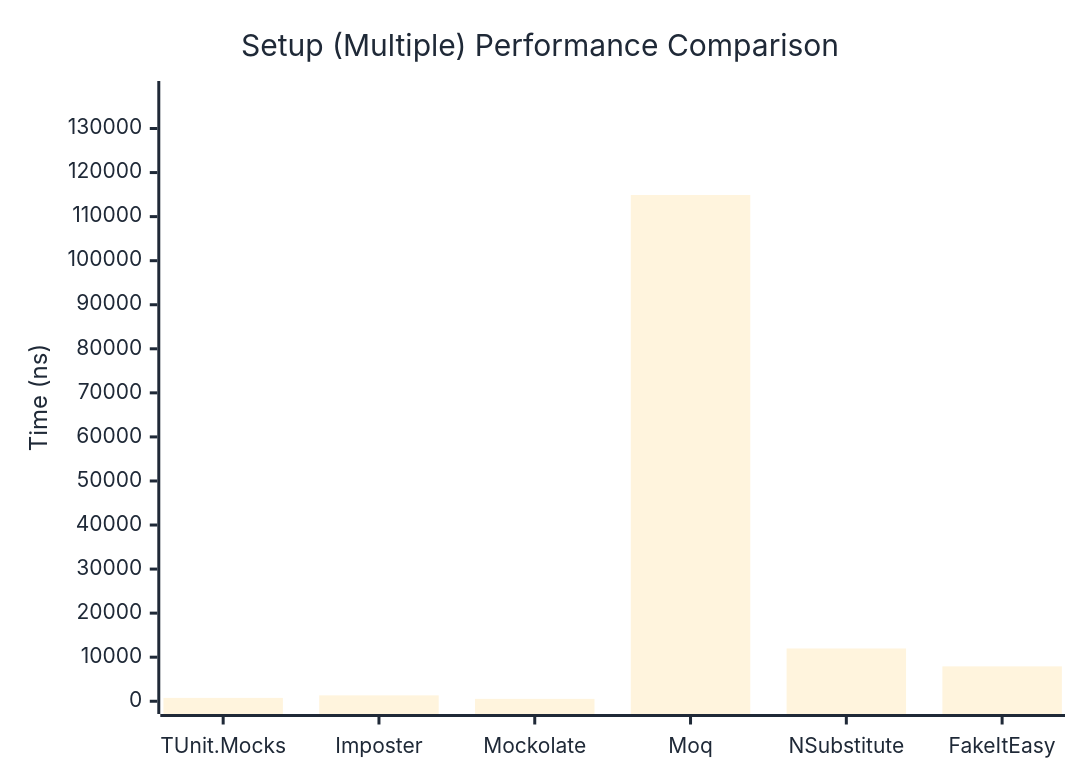
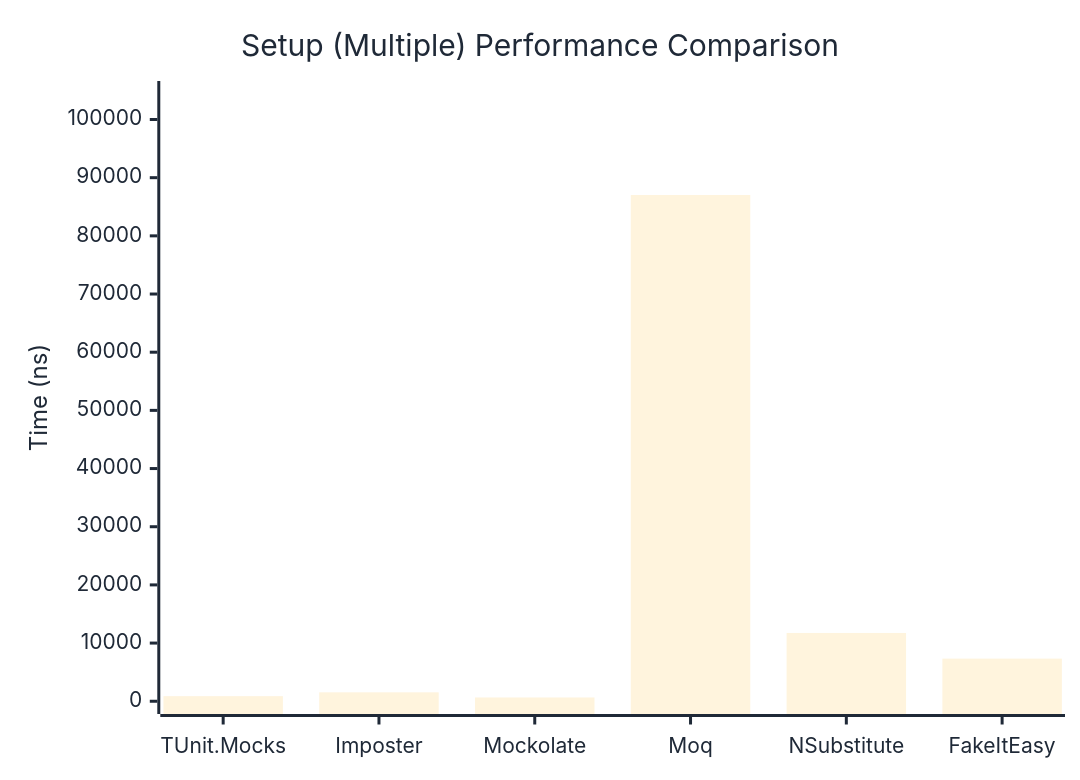
One commit to thomhurst/TUnit changed the second of 2 diagrams in docs/docs/benchmarks/mocks/Setup.md. Above: the diagram before and after it, drawn with Mermaid. The commit also changed other lines of this file and 14 other files, not shown here.

````diff
--- a/docs/docs/benchmarks/mocks/Setup.md
+++ b/docs/docs/benchmarks/mocks/Setup.md
@@ -71,27 +71,27 @@
 ```mermaid
 %%{init: {
   'theme':'base',
   'themeVariables': {
     'primaryColor': '#2563eb',
     'primaryTextColor': '#1f2937',
     'primaryBorderColor': '#1e40af',
     'lineColor': '#6b7280',
     'secondaryColor': '#7c3aed',
     'tertiaryColor': '#dc2626',
     'background': '#ffffff',
     'pie1': '#2563eb',
     'pie2': '#7c3aed',
     'pie3': '#dc2626',
     'pie4': '#f59e0b',
     'pie5': '#10b981',
     'pie6': '#06b6d4',
     'pie7': '#ec4899',
     'pie8': '#6366f1'
   }
 }}%%
 xychart-beta
   title "Setup (Multiple) Performance Comparison"
   x-axis ["TUnit.Mocks", "Imposter", "Mockolate", "Moq", "NSubstitute", "FakeItEasy"]
-  y-axis "Time (ns)" 0 --> 137890
-  bar [757.2, 1338.9, 540.4, 114907.7, 11975.6, 7919.9]
+  y-axis "Time (ns)" 0 --> 104427
+  bar [874.3, 1534.3, 650.6, 87021.8, 11738.9, 7329.4]
 ```
````
